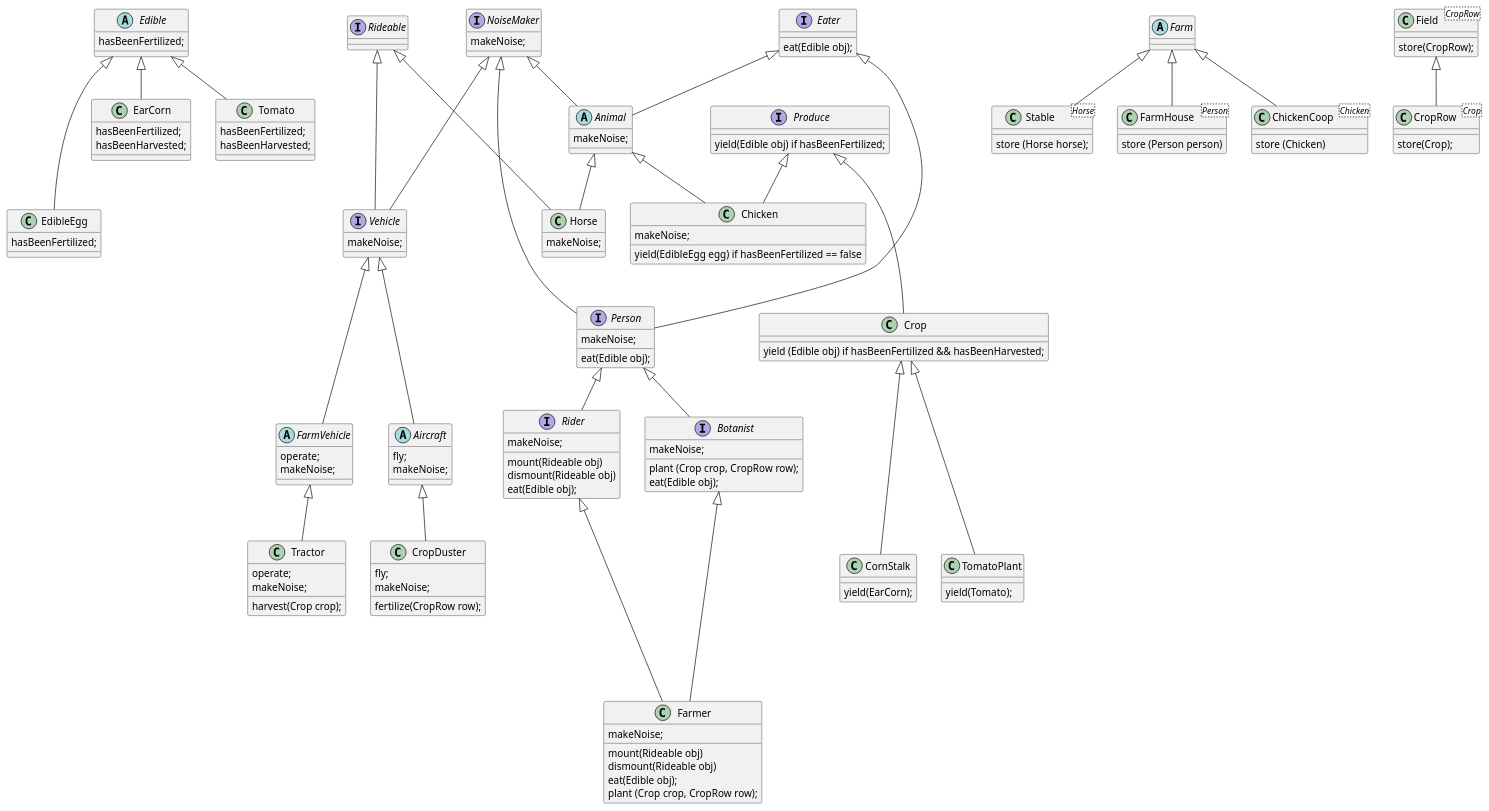
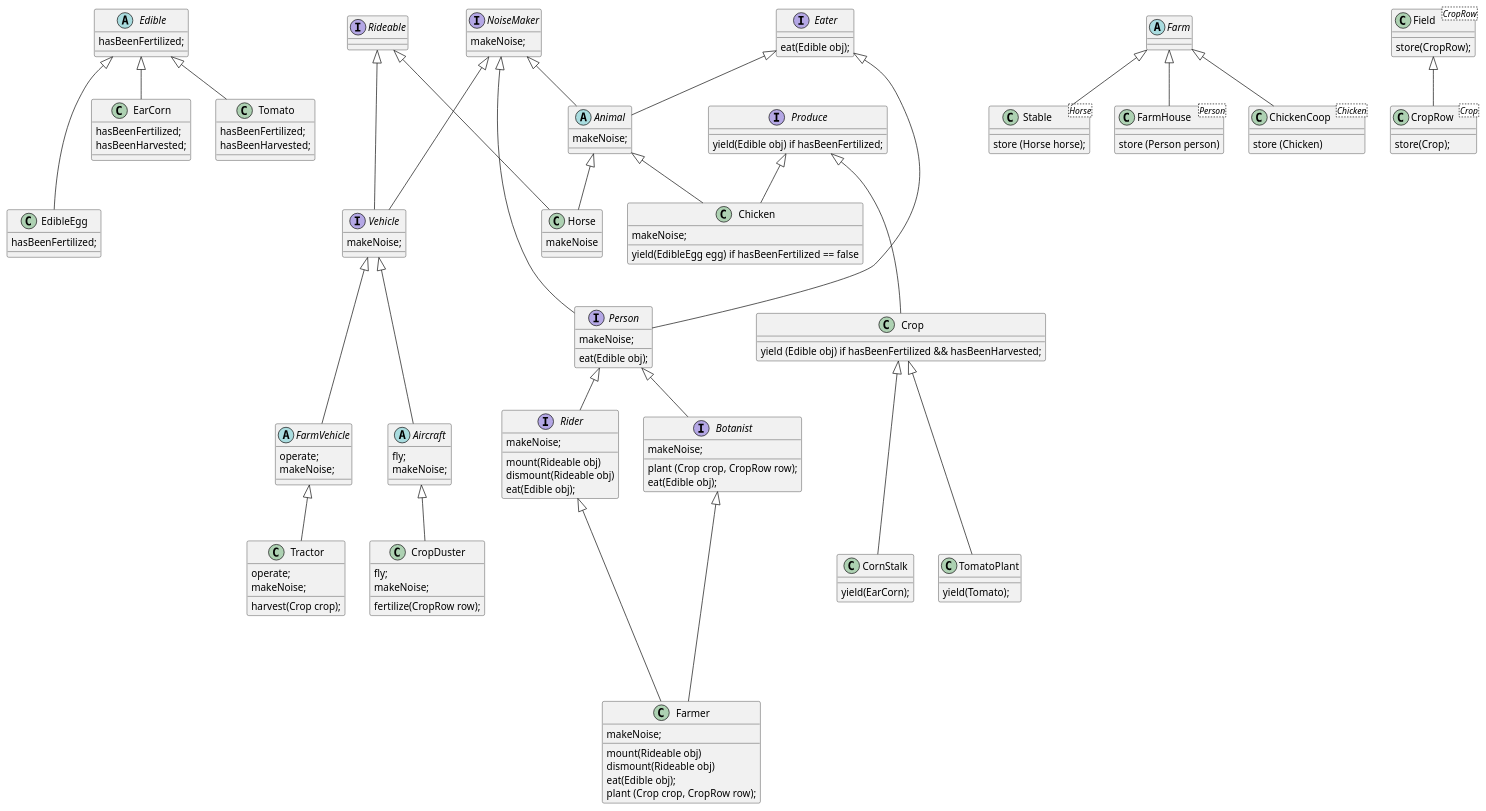
One commit to gregdon13/Maven.FarmerFroilan changed the diagram in Farm.puml. Above: the diagram before and after it, drawn with PlantUML.

```diff
--- a/Farm.puml
+++ b/Farm.puml
@@ -1,154 +1,154 @@
 @startuml
 'https://plantuml.com/class-diagram
 
 abstract class Edible{
 hasBeenFertilized;
 }
 abstract class Animal {
 makeNoise;
 }
 abstract class FarmVehicle {
 operate;
 makeNoise;
 }
 abstract class Aircraft {
 fly;
 makeNoise;
 }
 abstract class Farm {
 }
 
 interface Eater {
 eat(Edible obj);
 }
 interface NoiseMaker {
 makeNoise;
 }
 interface Rideable {}
 interface Produce {
 yield(Edible obj) if hasBeenFertilized;
 }
 interface Vehicle {
 makeNoise;
 }
 interface Person {
 eat(Edible obj);
 makeNoise;
 }
 interface Rider {
 mount(Rideable obj)
 dismount(Rideable obj)
 eat(Edible obj);
 makeNoise;
 }
 interface Botanist {
 plant (Crop crop, CropRow row);
 eat(Edible obj);
 makeNoise;
 }
 
 class Horse {
-makeNoise;
+makeNoise
 }
 class Chicken {
 makeNoise;
 yield(EdibleEgg egg) if hasBeenFertilized == false
 }
 class EdibleEgg {
 hasBeenFertilized;
 }
 class Field<CropRow> {
 store(CropRow);
 }
 class CropRow<Crop> {
 store(Crop);
 }
 class Crop {
 yield (Edible obj) if hasBeenFertilized && hasBeenHarvested;
 }
 class CornStalk {
 yield(EarCorn);
 }
 class EarCorn {
 hasBeenFertilized;
 hasBeenHarvested;
 }
 class TomatoPlant {
 yield(Tomato);
 }
 class Tomato {
 hasBeenFertilized;
 hasBeenHarvested;
 }
 class Tractor {
 harvest(Crop crop);
 operate;
 makeNoise;
 }
 class CropDuster {
 fertilize(CropRow row);
 fly;
 makeNoise;
 }
 class Farmer {
 mount(Rideable obj)
 dismount(Rideable obj)
 eat(Edible obj);
 makeNoise;
 plant (Crop crop, CropRow row);
 }
 class Stable<Horse> {
 store (Horse horse);
 }
 class FarmHouse<Person> {
 store (Person person)
 }
 class ChickenCoop<Chicken> {
 store (Chicken)
 }
 
 
 
 Eater <|-- Animal
 NoiseMaker <|-- Animal
 
 Animal <|-- Horse
 Rideable <|-- Horse
 
 Animal <|-- Chicken
 Produce <|-- Chicken
 
 Person <|-- Rider
 Person <|-- Botanist
 
 Field <|-- CropRow
 
 NoiseMaker <|--- Vehicle
 Rideable <|--- Vehicle
 
 Vehicle <|--- Aircraft
 Vehicle <|--- FarmVehicle
 
 Produce <|--- Crop
 
 Crop <|--- CornStalk
 Crop <|--- TomatoPlant
 
 Edible <|-- EarCorn
 Edible <|-- Tomato
 Edible <|--- EdibleEgg
 
 NoiseMaker <|---- Person
 Eater <|---- Person
 
 FarmVehicle <|-- Tractor
 Aircraft <|-- CropDuster
 
 Botanist <|---- Farmer
 Rider <|---- Farmer
 
 Farm <|-- FarmHouse
 Farm <|-- ChickenCoop
 Farm <|-- Stable
 
 @enduml
```
